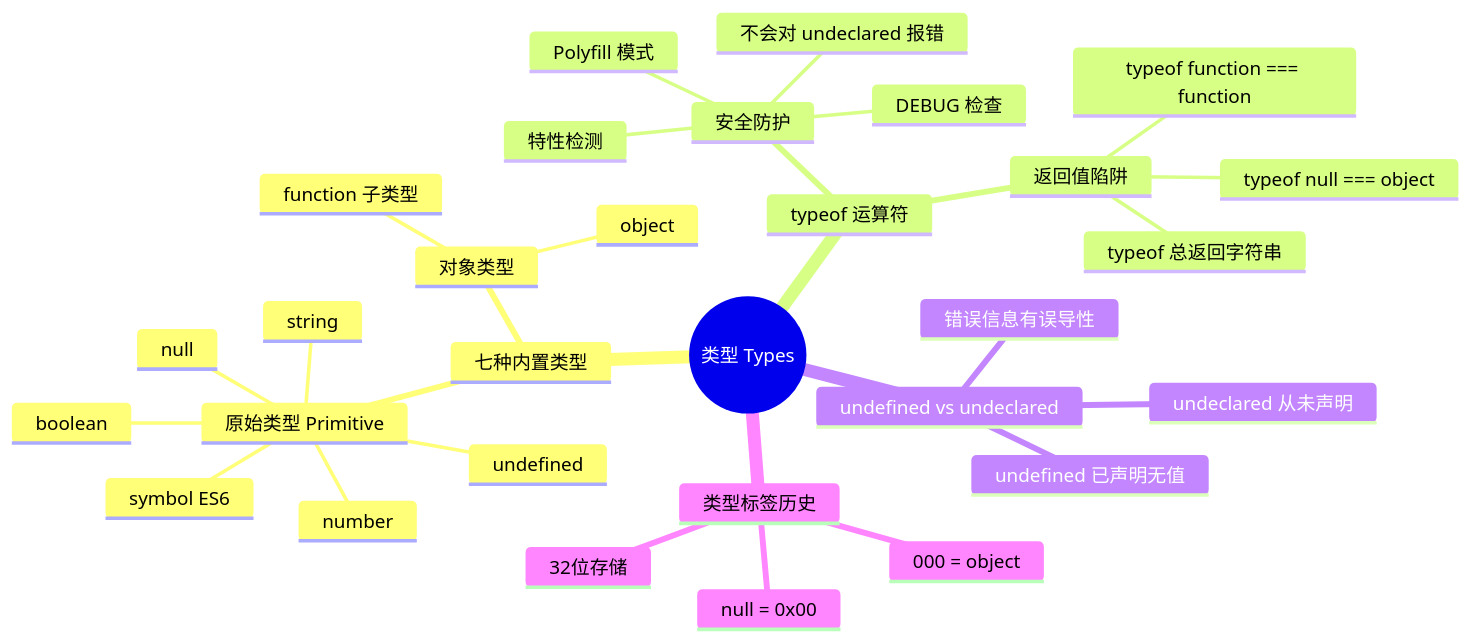
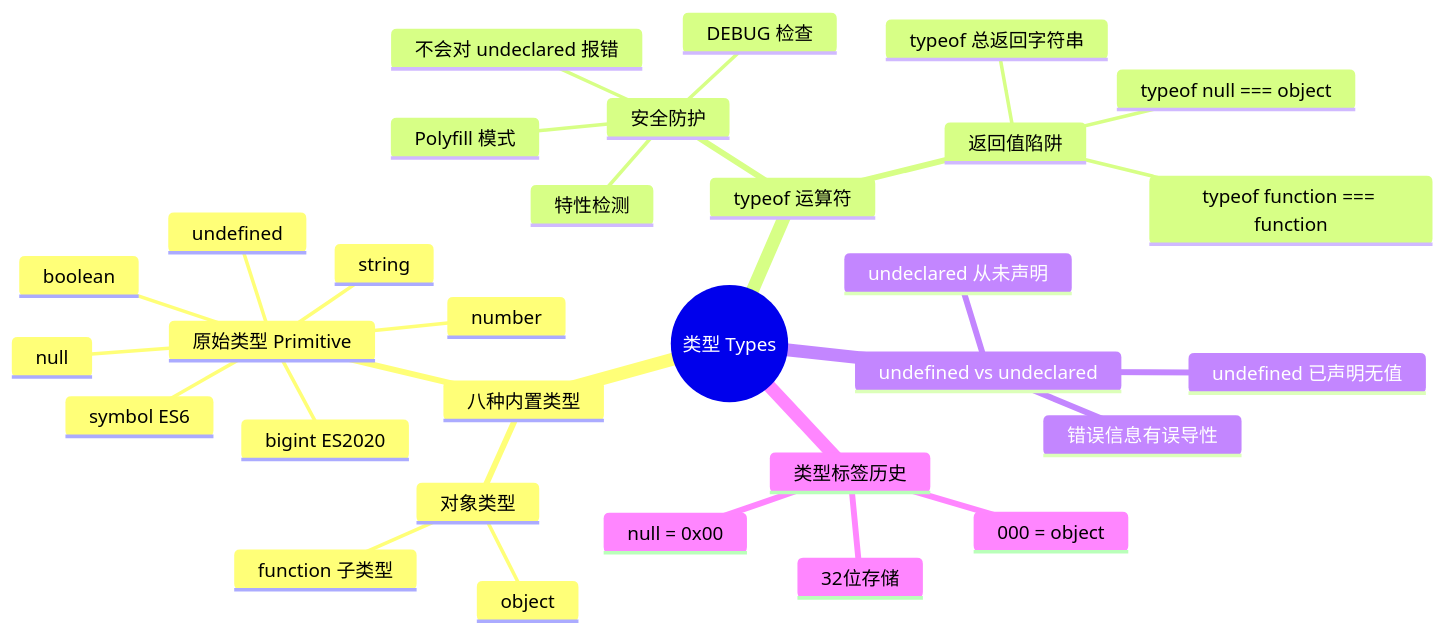
The second of 6 diagrams in slides.md (wuxudongxd/slidev-ydkjs-types), drawn with Mermaid before and after one commit. The commit also changed other lines of this file, not shown here.

````diff
--- a/slides.md
+++ b/slides.md
@@ -317,33 +317,34 @@
 ```mermaid
 mindmap
   root((类型 Types))
-    七种内置类型
+    八种内置类型
       原始类型 Primitive
         undefined
         null
         boolean
         number
         string
         symbol ES6
+        bigint ES2020
       对象类型
         object
         function 子类型
     typeof 运算符
       安全防护
         不会对 undeclared 报错
         DEBUG 检查
         Polyfill 模式
         特性检测
       返回值陷阱
         typeof null === object
         typeof function === function
         typeof 总返回字符串
     undefined vs undeclared
       undefined 已声明无值
       undeclared 从未声明
       错误信息有误导性
     类型标签历史
       32位存储
       000 = object
       null = 0x00
 ```
````
